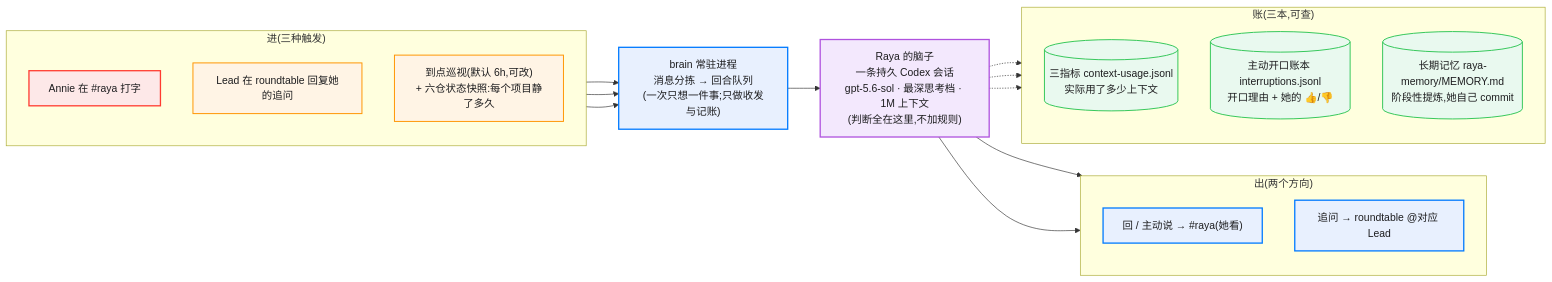
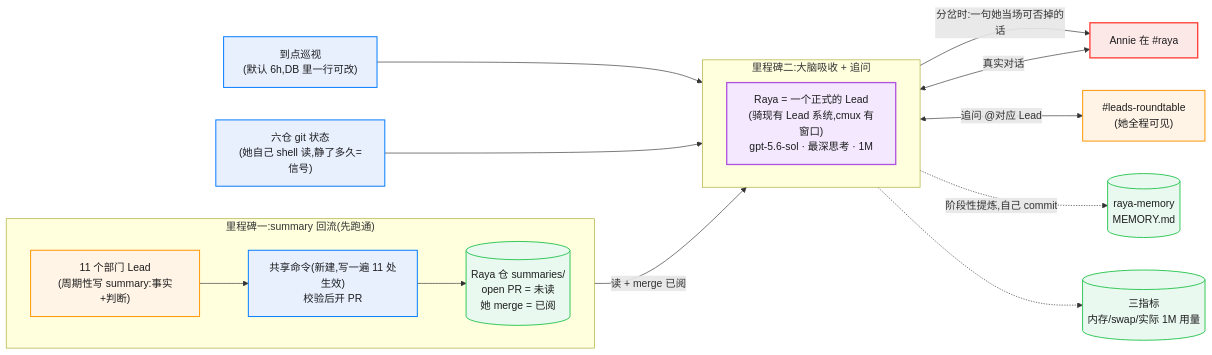
The diagram in engineering/doc/FLY-2030-raya-brain-inquiry/diagrams/d1-core-flow.mmd (xrliAnnie/flywheel-qa-sandbox), drawn with Mermaid before and after one commit. The commit also changed 7 other files, not shown here.

Commit message:
docs(FLY-2030): founder design HTML v2 (final approved design: summary inflow + Lead-form brain)

```diff
--- a/engineering/doc/FLY-2030-raya-brain-inquiry/diagrams/d1-core-flow.mmd
+++ b/engineering/doc/FLY-2030-raya-brain-inquiry/diagrams/d1-core-flow.mmd
@@ -1,40 +1,28 @@
 flowchart LR
   classDef annie fill:#fde8e8,stroke:#ff3b30,stroke-width:2px,color:#1d1d1f
-  classDef brain fill:#e8f0fe,stroke:#007aff,stroke-width:2px,color:#1d1d1f
-  classDef codex fill:#f3e8fd,stroke:#af52de,stroke-width:2px,color:#1d1d1f
+  classDef lead fill:#fff4e5,stroke:#ff9500,stroke-width:1.5px,color:#1d1d1f
+  classDef raya fill:#f3e8fd,stroke:#af52de,stroke-width:2px,color:#1d1d1f
   classDef store fill:#e9f9ef,stroke:#34c759,stroke-width:1.5px,color:#1d1d1f
-  classDef ext fill:#fff4e5,stroke:#ff9500,stroke-width:1.5px,color:#1d1d1f
+  classDef fw fill:#e8f0fe,stroke:#007aff,stroke-width:1.5px,color:#1d1d1f
 
-  subgraph IN ["进(三种触发)"]
-    direction TB
-    A["Annie 在 #raya 打字"]:::annie
-    L["Lead 在 roundtable 回复她的追问"]:::ext
-    T["到点巡视(默认 6h,可改)<br/>+ 六仓状态快照:每个项目静了多久"]:::ext
+  subgraph M1 ["里程碑一:summary 回流(先跑通)"]
+    direction LR
+    L["11 个部门 Lead<br/>(周期性写 summary:事实+判断)"]:::lead
+    C["共享命令(新建,写一遍 11 处生效)<br/>校验后开 PR"]:::fw
+    S[("Raya 仓 summaries/<br/>open PR = 未读<br/>她 merge = 已阅")]:::store
+    L --> C --> S
   end
 
-  Q["brain 常驻进程<br/>消息分拣 → 回合队列<br/>(一次只想一件事;只做收发与记账)"]:::brain
-
-  C["Raya 的脑子<br/>一条持久 Codex 会话<br/>gpt-5.6-sol · 最深思考档 · 1M 上下文<br/>(判断全在这里,不加规则)"]:::codex
-
-  subgraph OUT ["出(两个方向)"]
-    direction TB
-    D["回 / 主动说 → #raya(她看)"]:::brain
-    RB["追问 → roundtable @对应 Lead"]:::brain
+  subgraph M2 ["里程碑二:大脑吸收 + 追问"]
+    direction LR
+    R["Raya = 一个正式的 Lead<br/>(骑现有 Lead 系统,cmux 有窗口)<br/>gpt-5.6-sol · 最深思考 · 1M"]:::raya
   end
 
-  subgraph REC ["账(三本,可查)"]
-    direction TB
-    M[("三指标 context-usage.jsonl<br/>实际用了多少上下文")]:::store
-    G[("主动开口账本 interruptions.jsonl<br/>开口理由 + 她的 👍/👎")]:::store
-    MEM[("长期记忆 raya-memory/MEMORY.md<br/>阶段性提炼,她自己 commit")]:::store
-  end
-
-  A --> Q
-  L --> Q
-  T --> Q
-  Q --> C
-  C --> D
-  C --> RB
-  C -.-> M
-  C -.-> G
-  C -.-> MEM
+  S -->|"读 + merge 已阅"| R
+  T["到点巡视<br/>(默认 6h,DB 里一行可改)"]:::fw --> R
+  G["六仓 git 状态<br/>(她自己 shell 读,静了多久=信号)"]:::fw --> R
+  A["Annie 在 #raya"]:::annie <-->|"真实对话"| R
+  R -->|"分岔时:一句她当场可否掉的话"| A
+  R <-->|"追问 @对应 Lead"| RT["#leads-roundtable<br/>(她全程可见)"]:::lead
+  R -.->|"阶段性提炼,自己 commit"| MEM[("raya-memory<br/>MEMORY.md")]:::store
+  R -.-> MET[("三指标<br/>内存/swap/实际 1M 用量")]:::store
```
